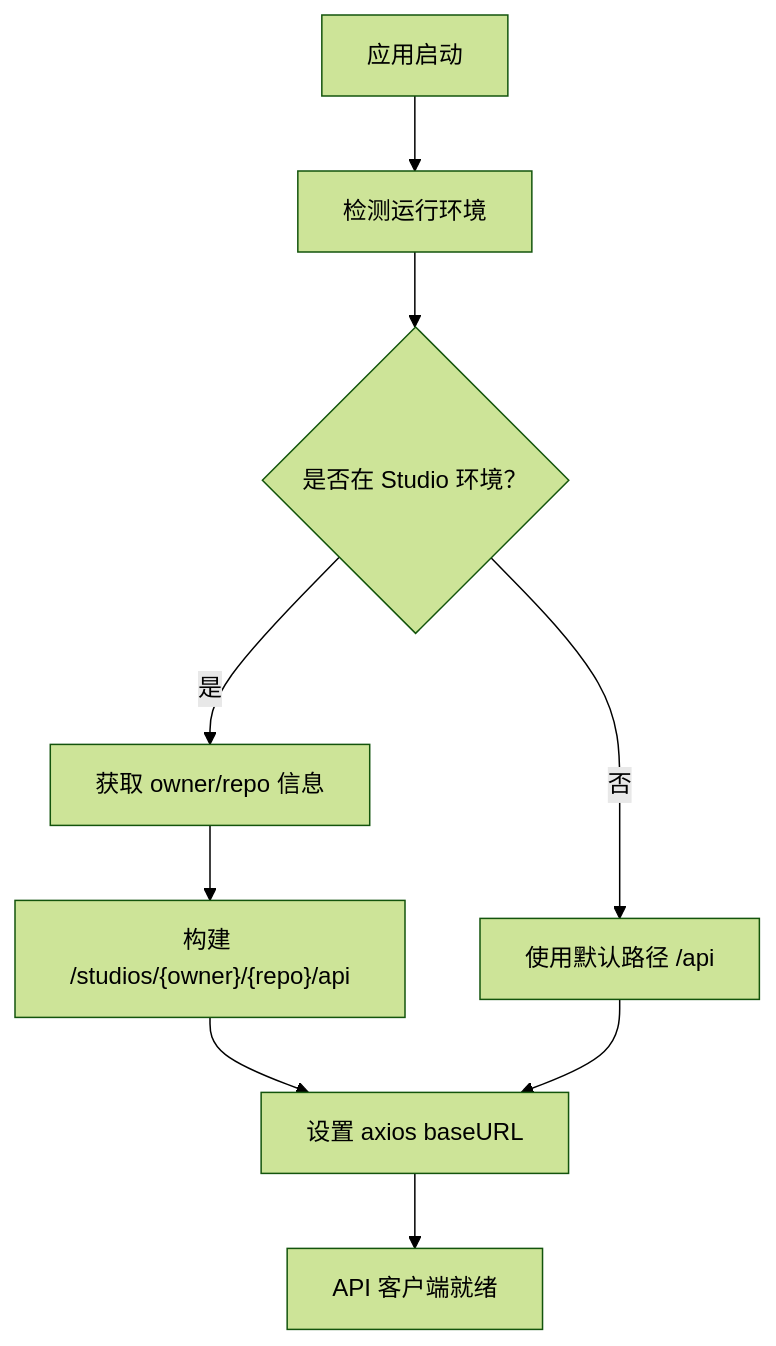
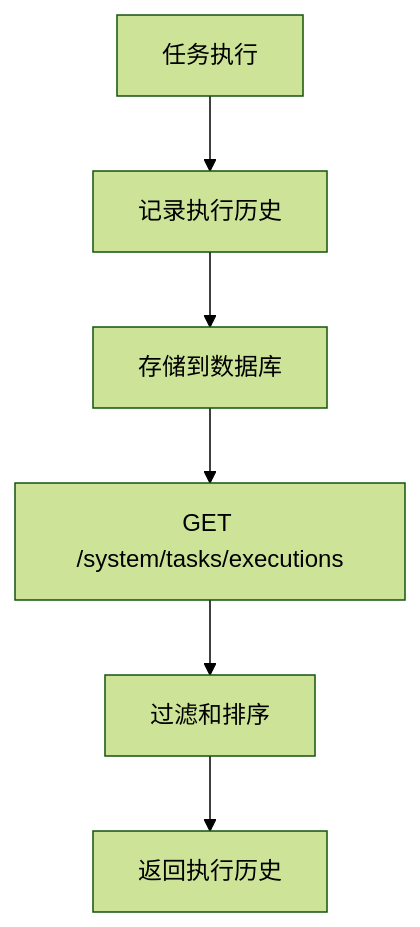
One commit to gujialind/InvestRing changed the eighth of 9 diagrams in .qoder/repowiki/zh/content/前端应用架构/状态管理策略/API 客户端设计.md. Above: the diagram before and after it, drawn with Mermaid (forest theme). The commit also changed other lines of this file and 32 other files, not shown here.

````diff
--- a/.qoder/repowiki/zh/content/前端应用架构/状态管理策略/API 客户端设计.md
+++ b/.qoder/repowiki/zh/content/前端应用架构/状态管理策略/API 客户端设计.md
@@ -400,11 +401,8 @@
 ```mermaid
 flowchart TD
-Start["应用启动"] --> DetectEnv["检测运行环境"]
-DetectEnv --> CheckStudio{"是否在 Studio 环境？"}
-CheckStudio --> |是| GetOwnerRepo["获取 owner/repo 信息"]
-CheckStudio --> |否| UseDefault["使用默认路径 /api"]
-GetOwnerRepo --> BuildPath["构建 /studios/{owner}/{repo}/api"]
-BuildPath --> SetBaseURL["设置 axios baseURL"]
-UseDefault --> SetBaseURL
-SetBaseURL --> Ready["API 客户端就绪"]
+TaskExecution["任务执行"] --> RecordHistory["记录执行历史"]
+RecordHistory --> StoreHistory["存储到数据库"]
+StoreHistory --> QueryEndpoint["GET /system/tasks/executions"]
+QueryEndpoint --> FilterHistory["过滤和排序"]
+FilterHistory --> ReturnResults["返回执行历史"]
 ```
````
